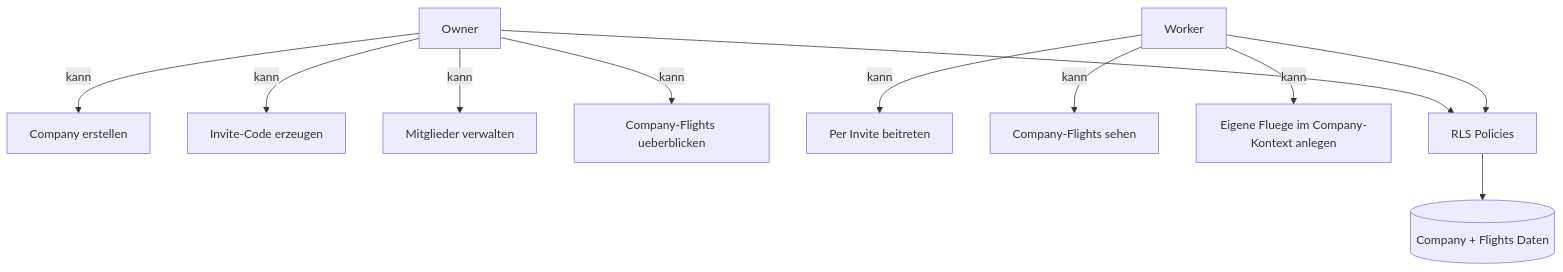
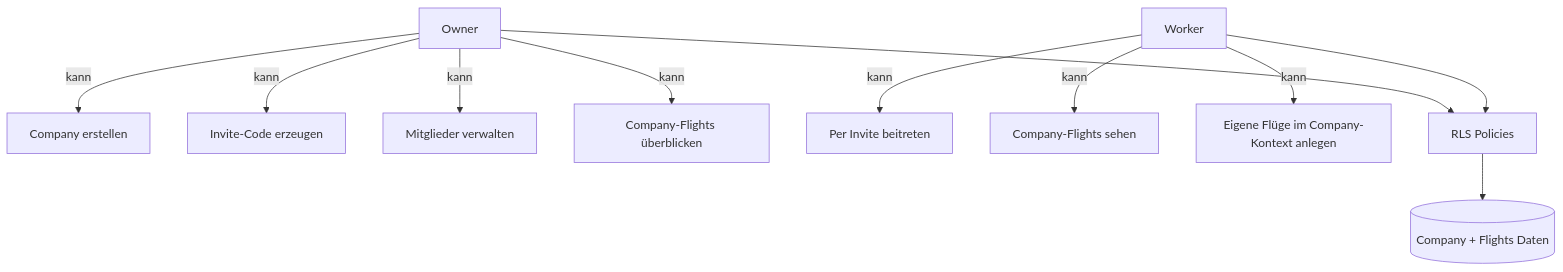
Before and after one commit to Jan0le/Diplomarbeit-Skyline-Schrift: the fifth of 6 diagrams in diplo_erklärung/ARCHITEKTUR_DIAGRAMME.md, drawn with Mermaid. The commit also changed other lines of this file and 111 other files, not shown here.

````diff
--- a/diplo_erklärung/ARCHITEKTUR_DIAGRAMME.md
+++ b/diplo_erklärung/ARCHITEKTUR_DIAGRAMME.md
@@ -84,15 +84,15 @@
 ```mermaid
 flowchart TB
   O[Owner] -->|kann| C1[Company erstellen]
   O -->|kann| C2[Invite-Code erzeugen]
   O -->|kann| C3[Mitglieder verwalten]
-  O -->|kann| C4[Company-Flights ueberblicken]
+  O -->|kann| C4[Company-Flights überblicken]
 
   W[Worker] -->|kann| W1[Per Invite beitreten]
   W -->|kann| W2[Company-Flights sehen]
-  W -->|kann| W3[Eigene Fluege im Company-Kontext anlegen]
+  W -->|kann| W3[Eigene Flüge im Company-Kontext anlegen]
 
   O --> RLS[RLS Policies]
   W --> RLS
   RLS --> DB[(Company + Flights Daten)]
 ```
````
